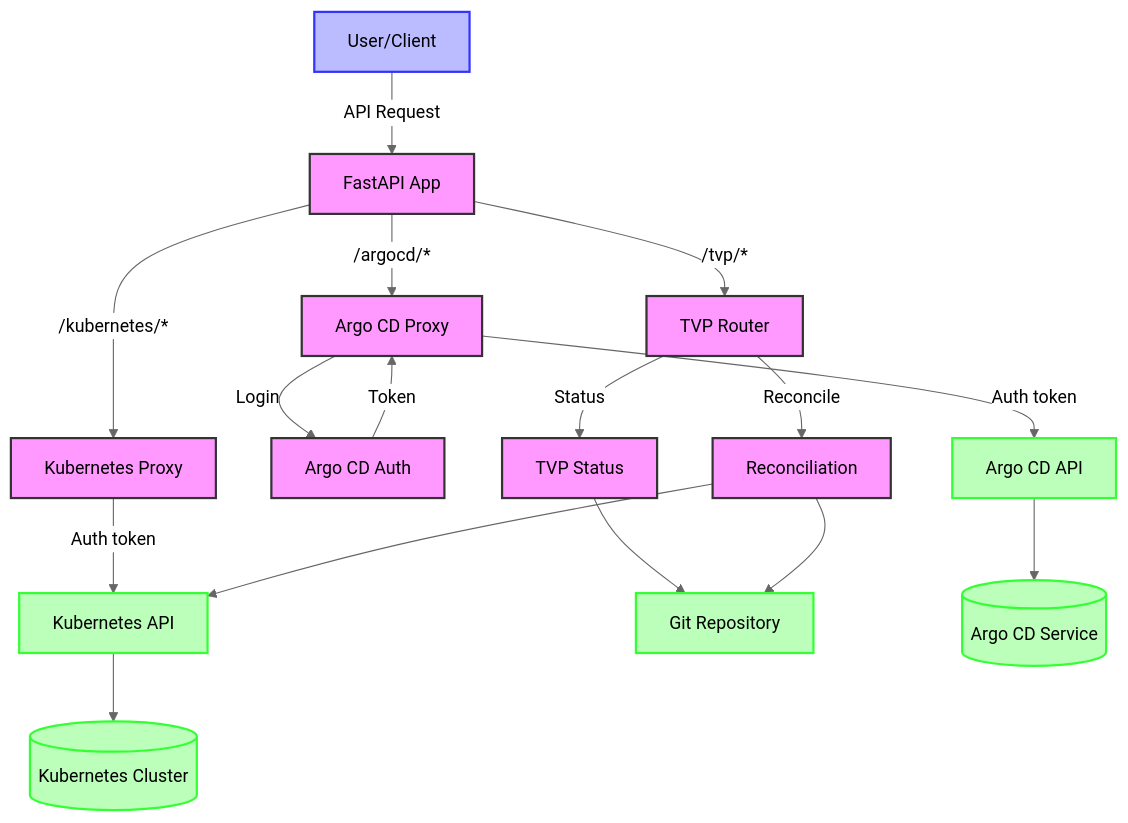
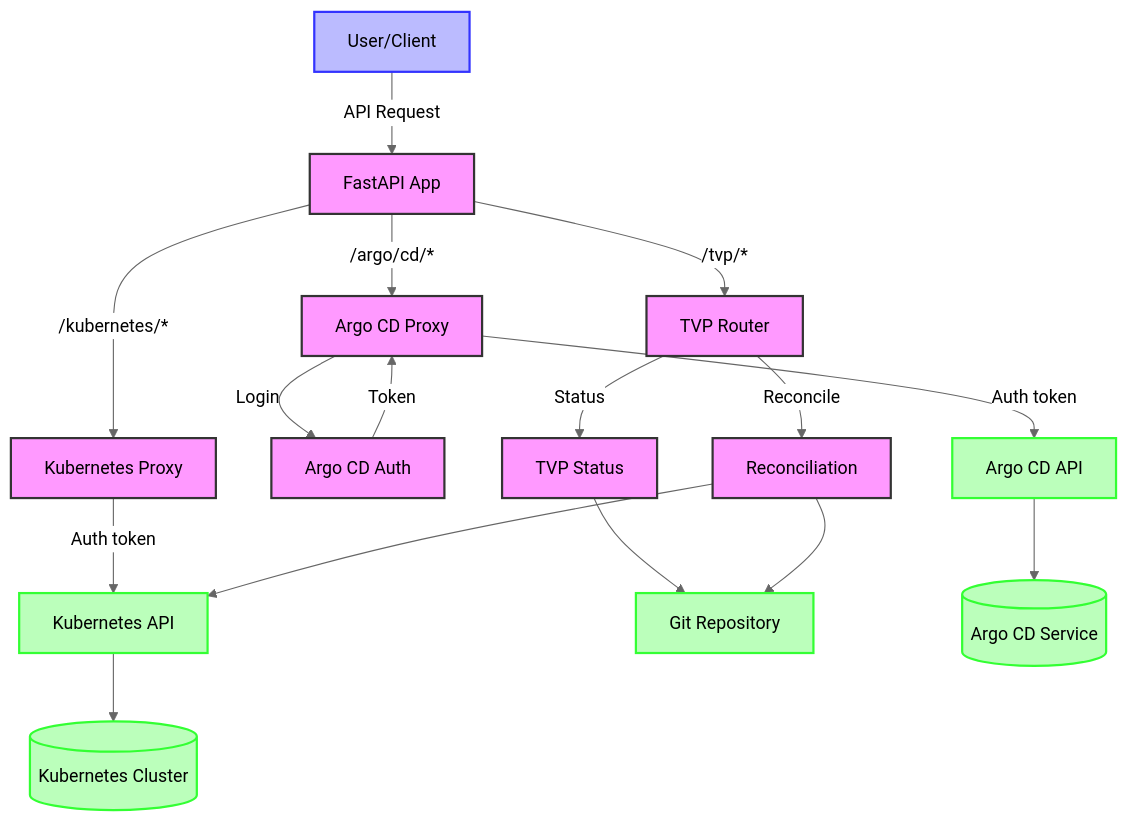
One commit to lloydchang/tvp-k8s changed the diagram in fastapi/mermaid/data-flow-diagram.mermaid. Above: the diagram before and after it, drawn with Mermaid (neutral theme). The commit also changed 9 other files, not shown here.

```diff
--- a/fastapi/mermaid/data-flow-diagram.mermaid
+++ b/fastapi/mermaid/data-flow-diagram.mermaid
@@ -1,29 +1,29 @@
 flowchart TD
     User[User/Client] -->|API Request| API[FastAPI App]
     
     API -->|/kubernetes/*| KP[Kubernetes Proxy]
-    API -->|/argocd/*| AP[Argo CD Proxy]
+    API -->|/argo/cd/*| AP[Argo CD Proxy]
     API -->|/tvp/*| TVP[TVP Router]
     
     KP -->|Auth token| KA[Kubernetes API]
     AP -->|Login| Auth[Argo CD Auth]
     Auth -->|Token| AP
     AP -->|Auth token| AA[Argo CD API]
     
     TVP -->|Status| TS[TVP Status]
     TVP -->|Reconcile| R[Reconciliation]
     
     TS --> Git[Git Repository]
     R --> Git
     R --> KA
     
     KA --> K8s[(Kubernetes Cluster)]
     AA --> ArgoCD[(Argo CD Service)]
     
     classDef user fill:#bbf,stroke:#33f,stroke-width:2px
     classDef app fill:#f9f,stroke:#333,stroke-width:2px
     classDef external fill:#bfb,stroke:#3f3,stroke-width:2px
     
     class User user
     class API,KP,AP,TVP,TS,R,Auth app
     class K8s,ArgoCD,Git,KA,AA external
```
